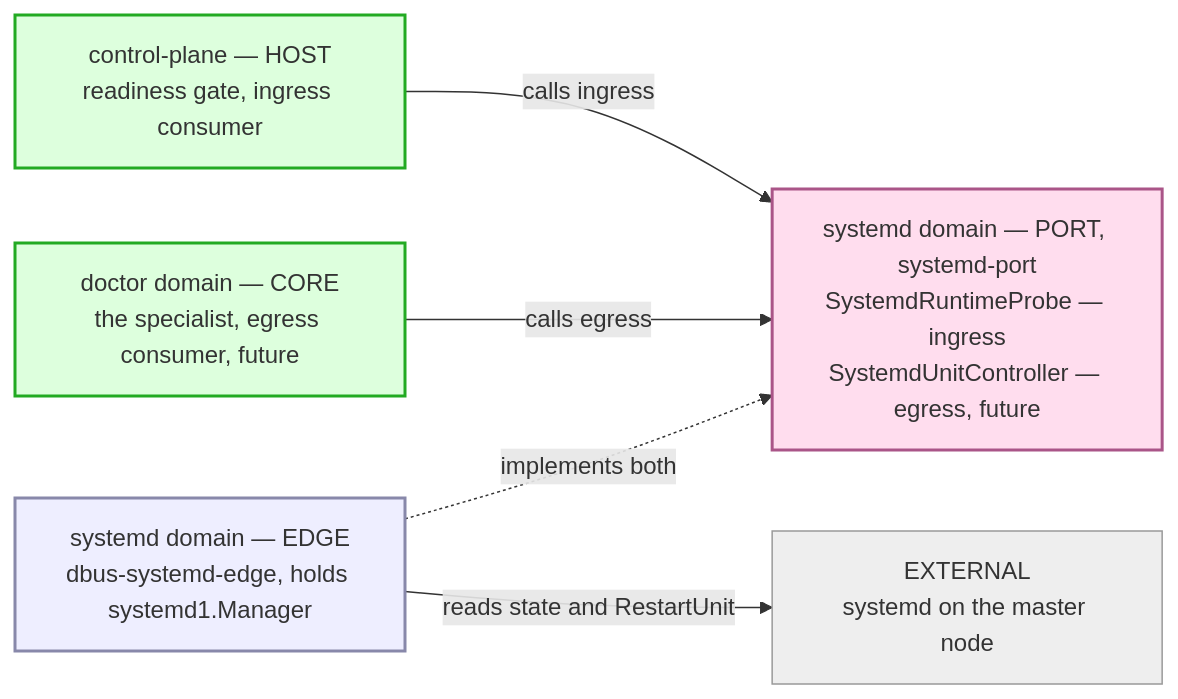
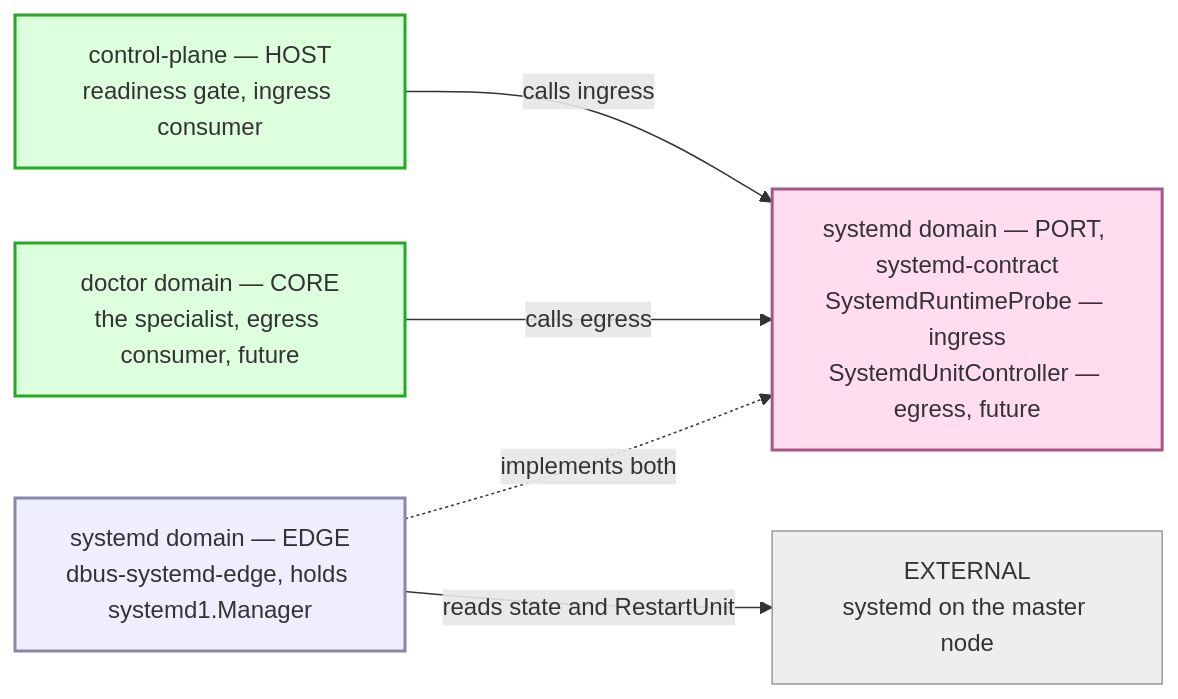
Before and after one commit to nxmatic/rke2lab: diagram 11 of 13 in docs/architecture/osgi/dbus-systemd-edge-spec.adoc, drawn with Mermaid. The commit also changed other lines of this file and 25 other files, not shown here.

```diff
--- a/docs/architecture/osgi/dbus-systemd-edge-spec.adoc
+++ b/docs/architecture/osgi/dbus-systemd-edge-spec.adoc
@@ -293,21 +293,21 @@
 [mermaid]
 ....
 flowchart LR
   gate["control-plane — HOST<br/>readiness gate, ingress consumer"]
   spec["doctor domain — CORE<br/>the specialist, egress consumer, future"]
-  port["systemd domain — PORT, systemd-port<br/>SystemdRuntimeProbe — ingress<br/>SystemdUnitController — egress, future"]
+  port["systemd domain — PORT, systemd-contract<br/>SystemdRuntimeProbe — ingress<br/>SystemdUnitController — egress, future"]
   edge["systemd domain — EDGE<br/>dbus-systemd-edge, holds systemd1.Manager"]
   world["EXTERNAL<br/>systemd on the master node"]
   gate -->|calls ingress| port
   spec -->|calls egress| port
   edge -.->|implements both| port
   edge -->|reads state and RestartUnit| world
   classDef h fill:#dfd,stroke:#2a2,stroke-width:2px;
   classDef p fill:#fde,stroke:#a58,stroke-width:2px;
   classDef e fill:#eef,stroke:#88a,stroke-width:2px;
   classDef w fill:#eee,stroke:#999,stroke-width:1px;
   class gate,spec h;
   class port p;
   class edge e;
   class world w;
 ....
```
